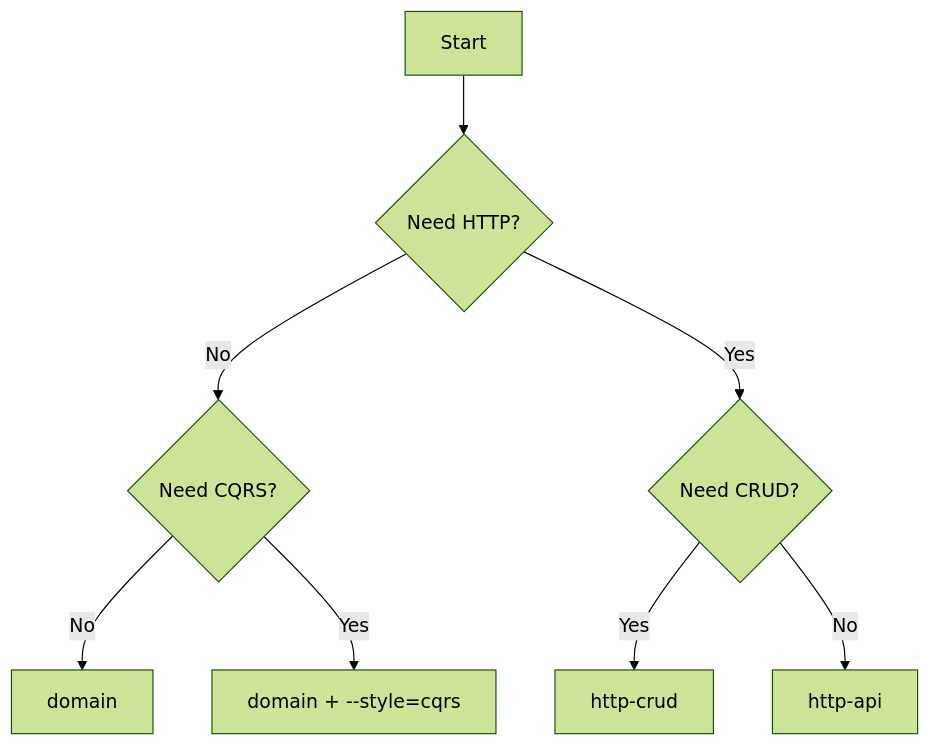
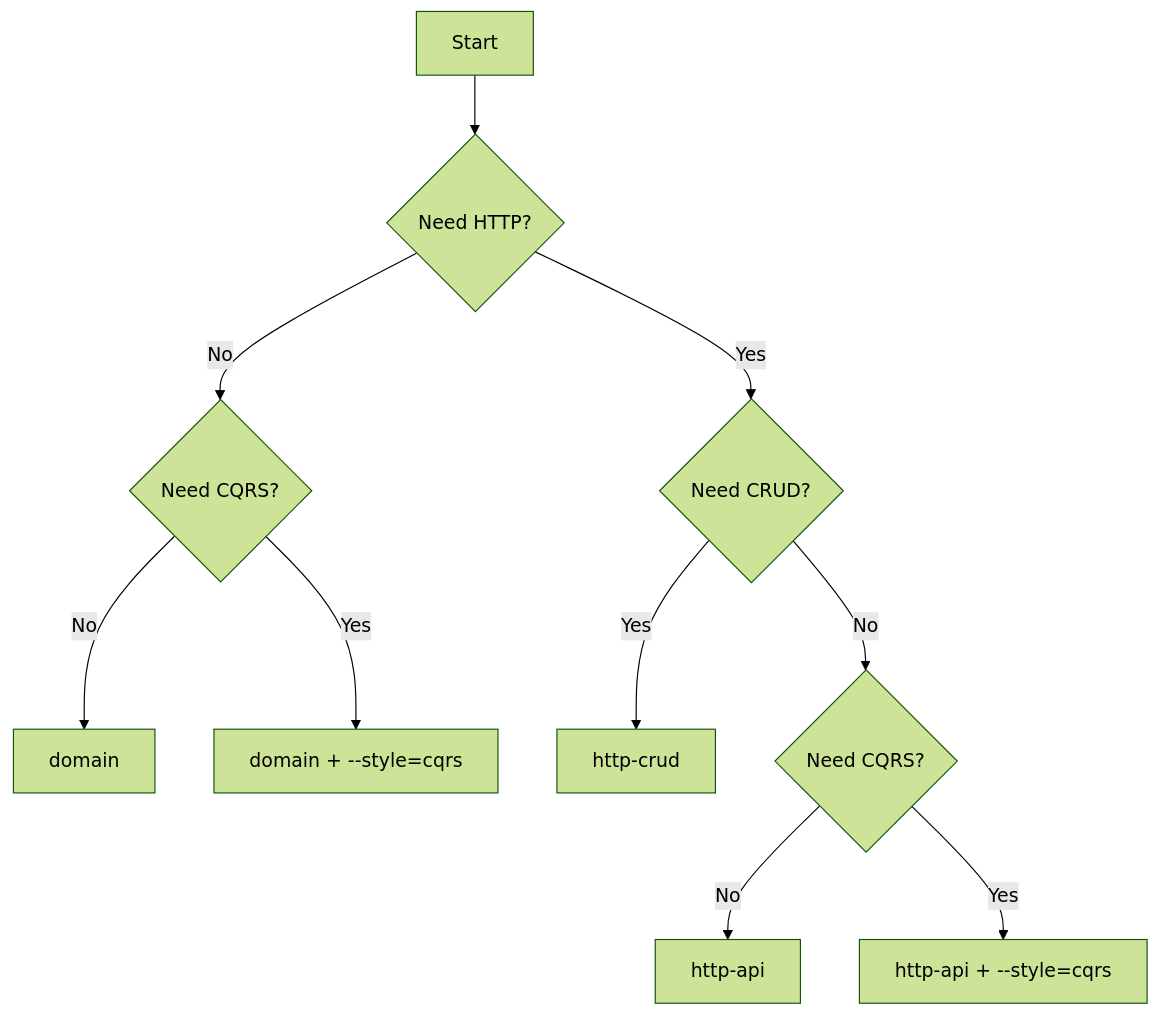
The diagram in docs/which-preset.md (OlegMarko/ddd-generator), drawn with Mermaid (forest theme) before and after one commit. The commit also changed 17 other files, not shown here.

````diff
--- a/docs/which-preset.md
+++ b/docs/which-preset.md
@@ -8,10 +8,12 @@
 ```mermaid
 flowchart TD
     A[Start] --> B{Need HTTP?}
     B -- No --> C{Need CQRS?}
     C -- No --> D[domain]
     C -- Yes --> E[domain + --style=cqrs]
     B -- Yes --> F{Need CRUD?}
     F -- Yes --> G[http-crud]
-    F -- No --> H[http-api]
+    F -- No --> H{Need CQRS?}
+    H -- No --> I[http-api]
+    H -- Yes --> J[http-api + --style=cqrs]
 ```
````
